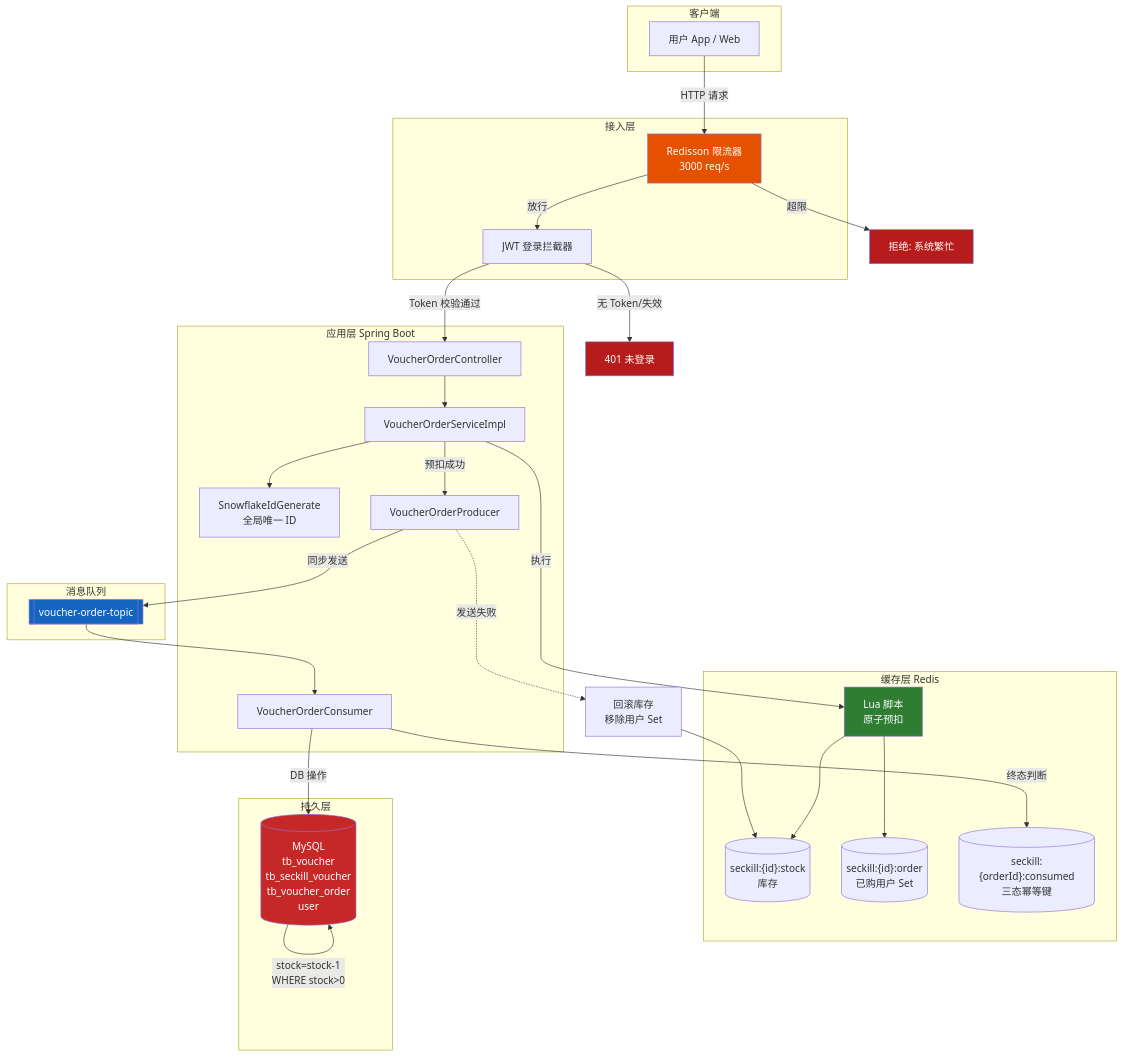
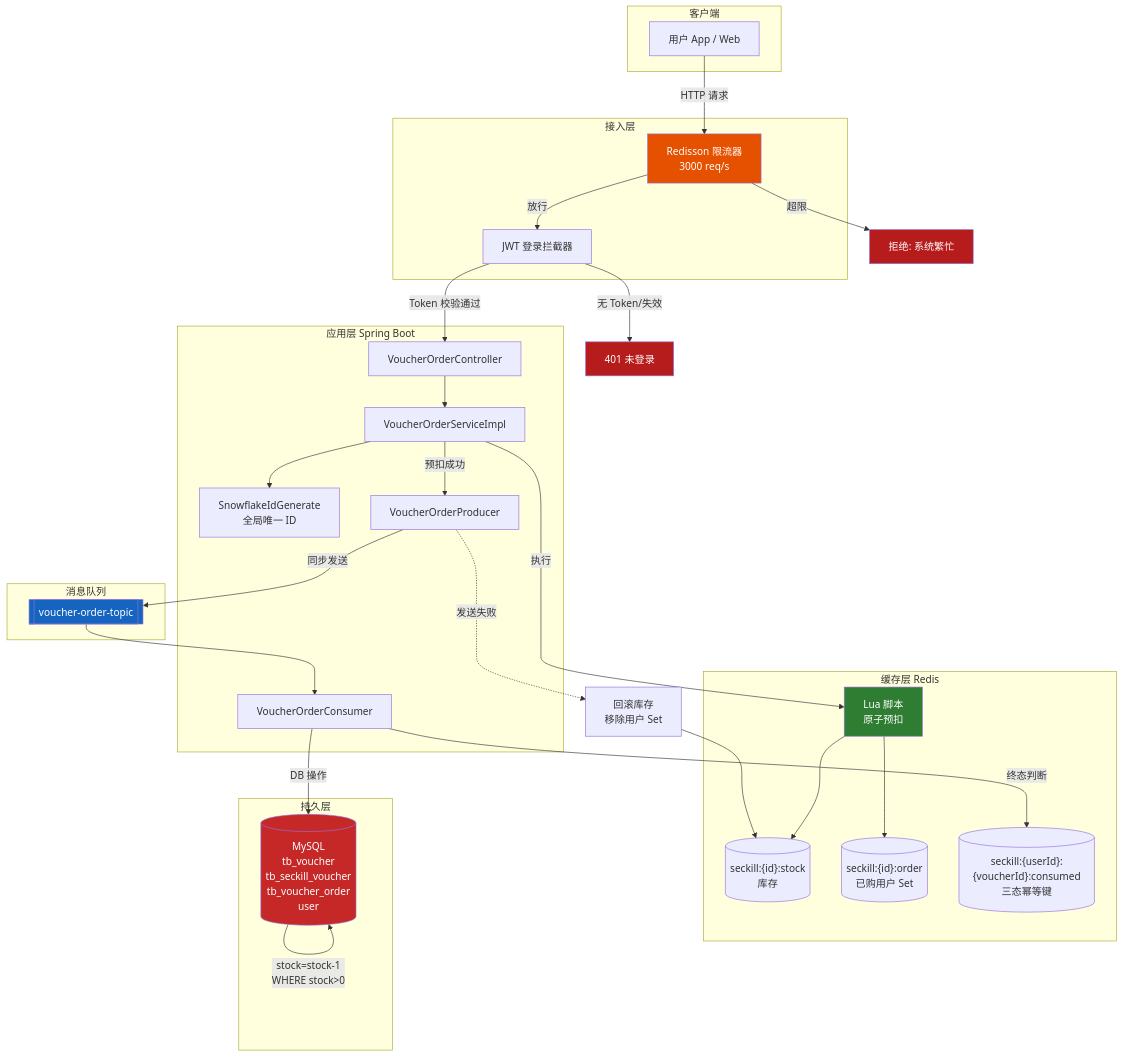
One commit to Shardkiht/FlashDeal changed the first of 3 diagrams in README.md. Above: the diagram before and after it, drawn with Mermaid. The commit also changed other lines of this file and 4 other files, not shown here.

````diff
--- a/README.md
+++ b/README.md
@@ -67,62 +67,62 @@
 ```mermaid
 flowchart TB
     subgraph Client["客户端"]
         U["用户 App / Web"]
     end
 
     subgraph Gateway["接入层"]
         RL["Redisson 限流器<br/>3000 req/s"]
         LI["JWT 登录拦截器"]
     end
 
     subgraph App["应用层 Spring Boot"]
         CTRL["VoucherOrderController"]
         SVC["VoucherOrderServiceImpl"]
         IDG["SnowflakeIdGenerate<br/>全局唯一 ID"]
         PROD["VoucherOrderProducer"]
         CONS["VoucherOrderConsumer"]
     end
 
     subgraph Cache["缓存层 Redis"]
         STOCK[("seckill:{id}:stock<br/>库存")]
         ORDER[("seckill:{id}:order<br/>已购用户 Set")]
-        IDEM[("seckill:{orderId}:consumed<br/>三态幂等键")]
+        IDEM[("seckill:{userId}:{voucherId}:consumed<br/>三态幂等键")]
 
         LUA["Lua 脚本<br/>原子预扣"]
     end
 
     subgraph MQ["消息队列"]
         TOPIC[["voucher-order-topic"]]
     end
 
     subgraph DB["持久层"]
         MYSQL[("MySQL<br/>tb_voucher<br/>tb_seckill_voucher<br/>tb_voucher_order<br/>user")]
     end
 
     U -->|HTTP 请求| RL
     RL -->|放行| LI
     RL -->|超限| REJ["拒绝: 系统繁忙"]
     LI -->|Token 校验通过| CTRL
     LI -->|无 Token/失效| UNAUTH["401 未登录"]
     CTRL --> SVC
     SVC --> IDG
 
     SVC -->|执行| LUA
     LUA --> STOCK
     LUA --> ORDER
     SVC -->|预扣成功| PROD
     PROD -->|同步发送| TOPIC
     PROD -.->|发送失败| RB[回滚库存<br/>移除用户 Set]
     RB --> STOCK
     TOPIC --> CONS
     CONS -->|终态判断| IDEM
     CONS -->|DB 操作| MYSQL
     MYSQL -->|stock=stock-1<br/>WHERE stock>0| MYSQL
 
     style RL fill:#e65100,color:#fff
     style LUA fill:#2e7d32,color:#fff
     style TOPIC fill:#1565c0,color:#fff
     style MYSQL fill:#c62828,color:#fff
     style REJ fill:#b71c1c,color:#fff
     style UNAUTH fill:#b71c1c,color:#fff
 ```
````
